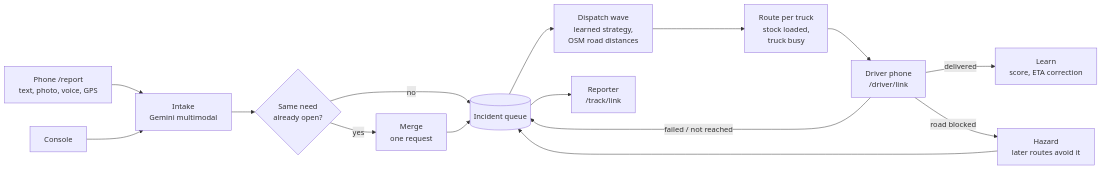
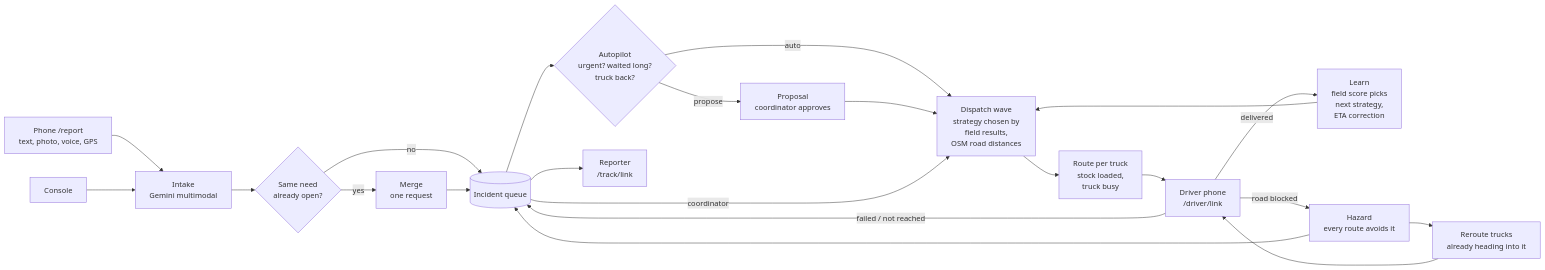
One commit to Pranav-0710/reliefroute changed the second of 3 diagrams in README.md. Above: the diagram before and after it, drawn with Mermaid. The commit also changed other lines of this file and 11 other files, not shown here.

````diff
--- a/README.md
+++ b/README.md
@@ -116,17 +119,24 @@
 ```mermaid
 flowchart LR
     P["Phone /report<br/>text, photo, voice, GPS"] --> I["Intake<br/>Gemini multimodal"]
     C["Console"] --> I
     I --> D{"Same need<br/>already open?"}
     D -->|yes| M["Merge<br/>one request"]
     D -->|no| Q[("Incident queue")]
     M --> Q
-    Q --> W["Dispatch wave<br/>learned strategy,<br/>OSM road distances"]
+    Q --> AP{"Autopilot<br/>urgent? waited long?<br/>truck back?"}
+    AP -->|propose| PR["Proposal<br/>coordinator approves"]
+    AP -->|auto| W
+    PR --> W
+    Q -->|coordinator| W["Dispatch wave<br/>strategy chosen by<br/>field results,<br/>OSM road distances"]
     W --> R["Route per truck<br/>stock loaded,<br/>truck busy"]
     R --> DR["Driver phone<br/>/driver/link"]
-    DR -->|delivered| L["Learn<br/>score, ETA correction"]
+    DR -->|delivered| L["Learn<br/>field score picks<br/>next strategy,<br/>ETA correction"]
     DR -->|"failed / not reached"| Q
-    DR -->|road blocked| H["Hazard<br/>later routes avoid it"]
+    DR -->|road blocked| H["Hazard<br/>every route avoids it"]
+    H --> RR["Reroute trucks<br/>already heading into it"]
+    RR --> DR
     H --> Q
+    L --> W
     Q --> T["Reporter<br/>/track/link"]
 ```
````
